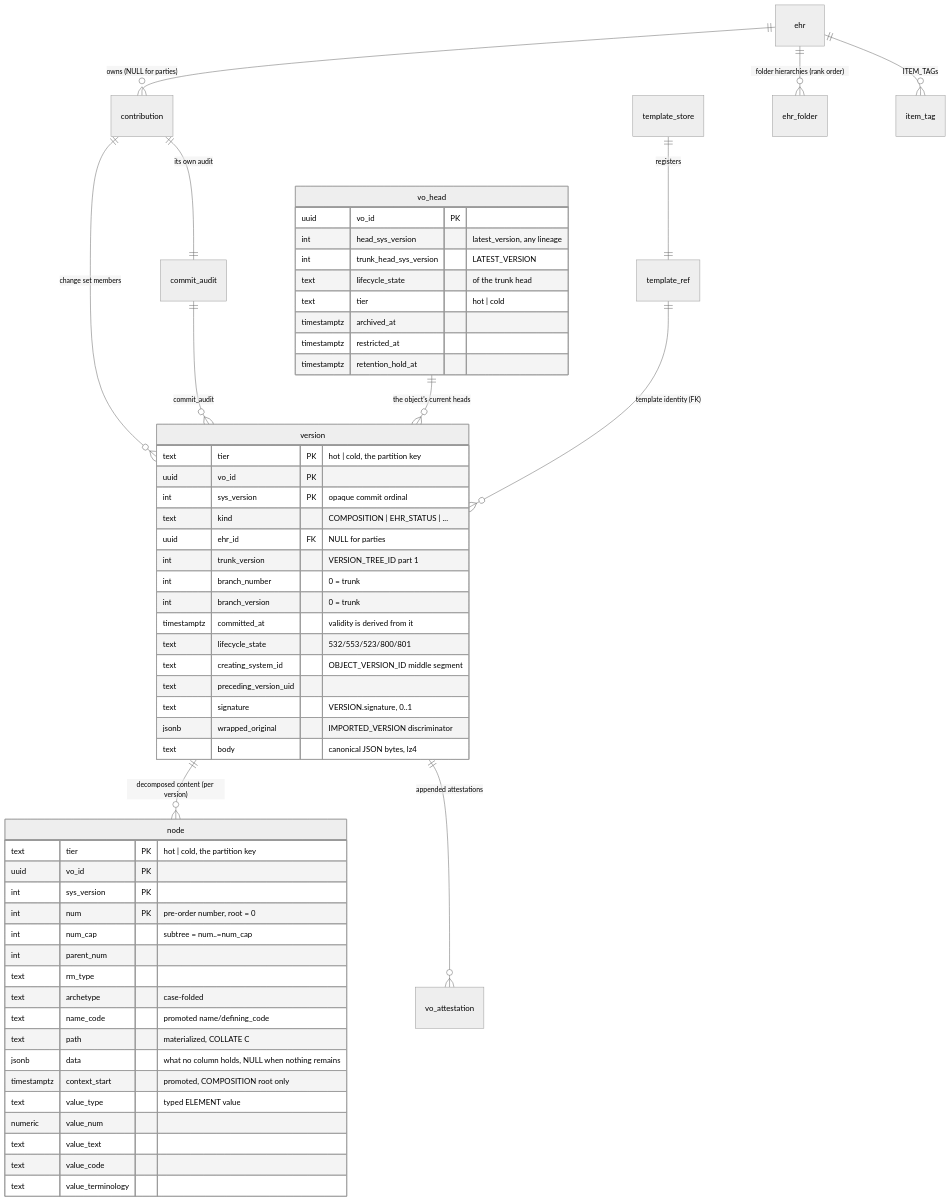
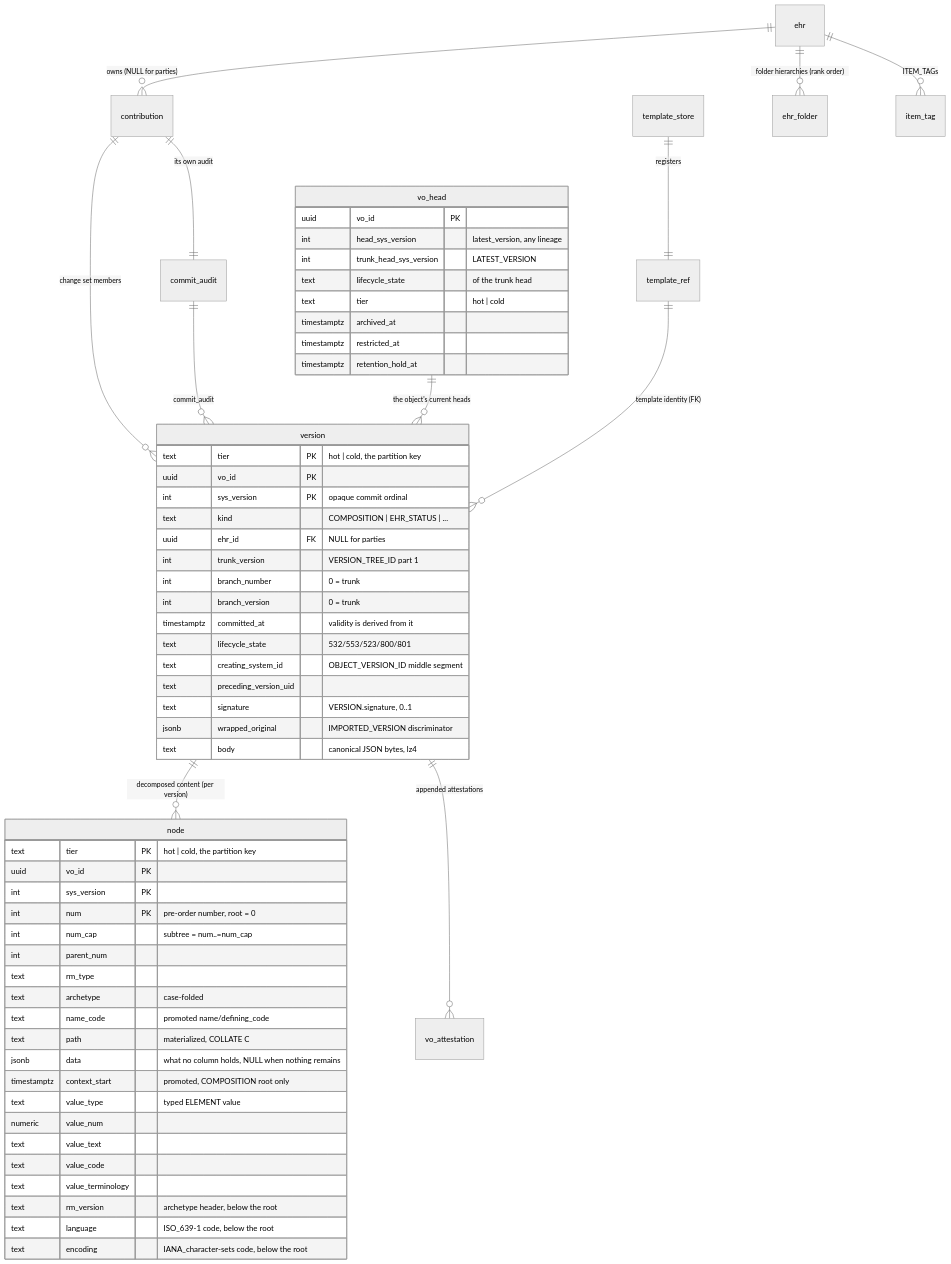
One commit to FerroHEALTH/FerroEHR changed the second of 6 diagrams in website/book/src/concepts/storage.md. Above: the diagram before and after it, drawn with Mermaid (neutral theme). The commit also changed other lines of this file and 25 other files, not shown here.

First line of the commit message:
perf(storage): a node row below the root keeps its archetype header, language and encoding in columns (#4548)

````diff
--- a/website/book/src/concepts/storage.md
+++ b/website/book/src/concepts/storage.md
@@ -114,61 +114,64 @@
 ```mermaid
 erDiagram
     ehr ||--o{ contribution : "owns (NULL for parties)"
     contribution ||--|| commit_audit : "its own audit"
     contribution ||--o{ version : "change set members"
     commit_audit ||--o{ version : "commit_audit"
     vo_head ||--o{ version : "the object's current heads"
     version ||--o{ node : "decomposed content (per version)"
     version ||--o{ vo_attestation : "appended attestations"
     template_ref ||--o{ version : "template identity (FK)"
     template_store ||--|| template_ref : "registers"
     ehr ||--o{ ehr_folder : "folder hierarchies (rank order)"
     ehr ||--o{ item_tag : "ITEM_TAGs"
 
     version {
         text tier PK "hot | cold, the partition key"
         uuid vo_id PK
         int sys_version PK "opaque commit ordinal"
         text kind "COMPOSITION | EHR_STATUS | ..."
         uuid ehr_id FK "NULL for parties"
         int trunk_version "VERSION_TREE_ID part 1"
         int branch_number "0 = trunk"
         int branch_version "0 = trunk"
         timestamptz committed_at "validity is derived from it"
         text lifecycle_state "532/553/523/800/801"
         text creating_system_id "OBJECT_VERSION_ID middle segment"
         text preceding_version_uid
         text signature "VERSION.signature, 0..1"
         jsonb wrapped_original "IMPORTED_VERSION discriminator"
         text body "canonical JSON bytes, lz4"
     }
     vo_head {
         uuid vo_id PK
         int head_sys_version "latest_version, any lineage"
         int trunk_head_sys_version "LATEST_VERSION"
         text lifecycle_state "of the trunk head"
         text tier "hot | cold"
         timestamptz archived_at
         timestamptz restricted_at
         timestamptz retention_hold_at
     }
     node {
         text tier PK "hot | cold, the partition key"
         uuid vo_id PK
         int sys_version PK
         int num PK "pre-order number, root = 0"
         int num_cap "subtree = num..=num_cap"
         int parent_num
         text rm_type
         text archetype "case-folded"
         text name_code "promoted name/defining_code"
         text path "materialized, COLLATE C"
         jsonb data "what no column holds, NULL when nothing remains"
         timestamptz context_start "promoted, COMPOSITION root only"
         text value_type "typed ELEMENT value"
         numeric value_num
         text value_text
         text value_code
         text value_terminology
+        text rm_version "archetype header, below the root"
+        text language "ISO_639-1 code, below the root"
+        text encoding "IANA_character-sets code, below the root"
     }
 ```
````
